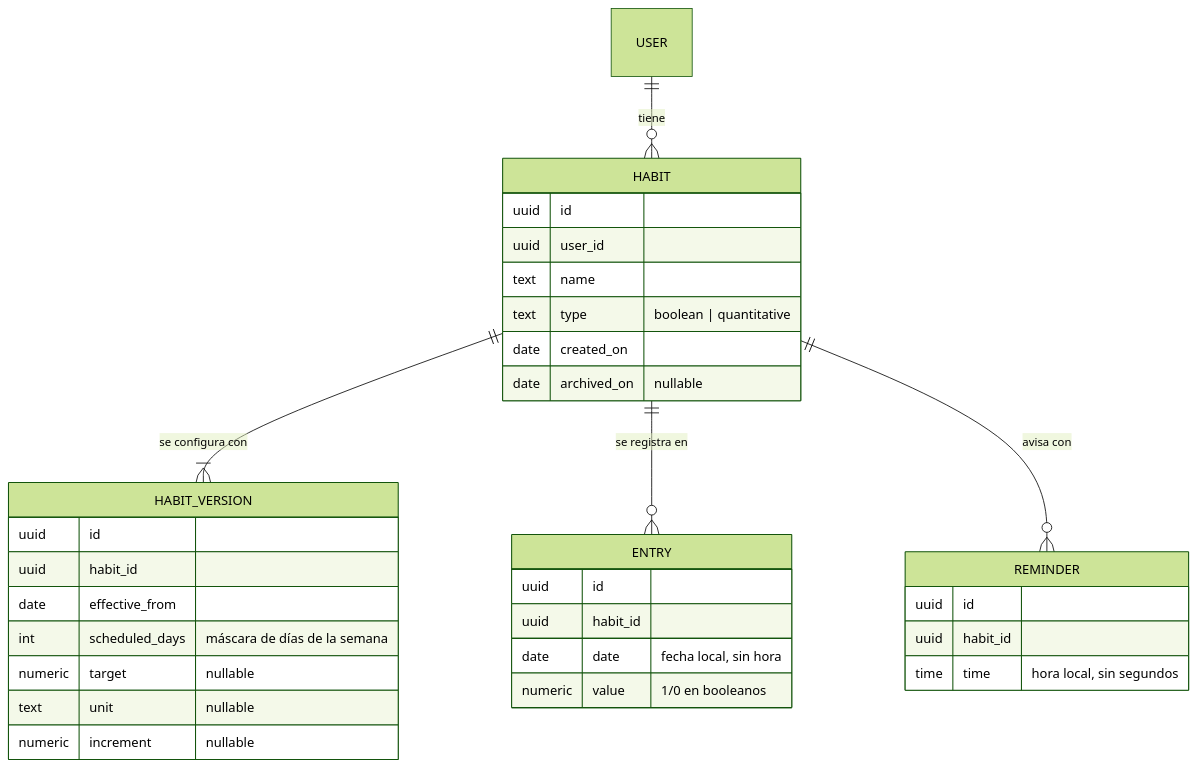
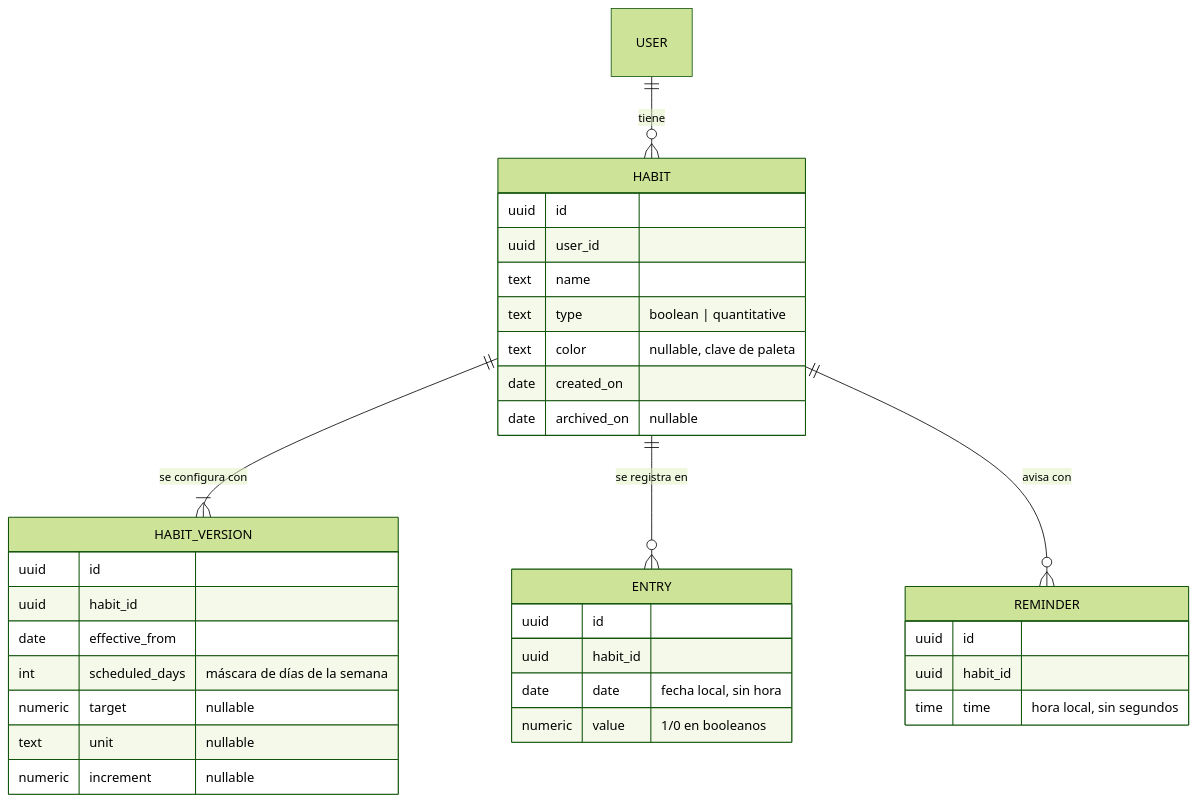
The second of 2 diagrams in docs/arquitectura.md (jota-marcar/habitos), drawn with Mermaid (forest theme) before and after one commit. The commit also changed other lines of this file and 22 other files, not shown here.

````diff
--- a/docs/arquitectura.md
+++ b/docs/arquitectura.md
@@ -104,36 +104,37 @@
 ```mermaid
 erDiagram
     USER ||--o{ HABIT : tiene
     HABIT ||--|{ HABIT_VERSION : "se configura con"
     HABIT ||--o{ ENTRY : "se registra en"
     HABIT ||--o{ REMINDER : "avisa con"
 
     HABIT {
         uuid id
         uuid user_id
         text name
         text type "boolean | quantitative"
+        text color "nullable, clave de paleta"
         date created_on
         date archived_on "nullable"
     }
     HABIT_VERSION {
         uuid id
         uuid habit_id
         date effective_from
         int scheduled_days "máscara de días de la semana"
         numeric target "nullable"
         text unit "nullable"
         numeric increment "nullable"
     }
     ENTRY {
         uuid id
         uuid habit_id
         date date "fecha local, sin hora"
         numeric value "1/0 en booleanos"
     }
     REMINDER {
         uuid id
         uuid habit_id
         time time "hora local, sin segundos"
     }
 ```
````
